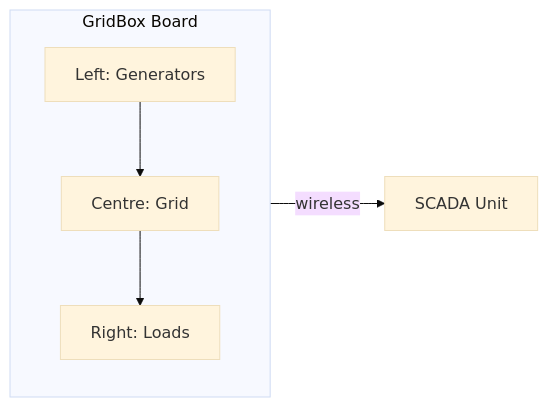
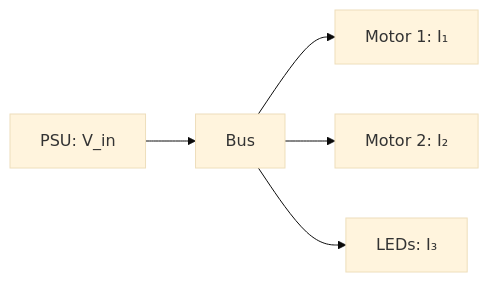
One commit to doyun-gu/hack-a-bot-2026 changed the eighth of 11 diagrams in docs/gridbox-proposal.md. Above: the diagram before and after it, drawn with Mermaid (base theme). The commit also changed other lines of this file, not shown here.

First line of the commit message:
Revise GridBox: power input assumed, motors as actuators

````diff
--- a/docs/gridbox-proposal.md
+++ b/docs/gridbox-proposal.md
@@ -471,13 +305,7 @@
 ```mermaid
 graph LR
-    subgraph BOX["GridBox Board"]
-        GEN[Left: Generators]
-        GRID[Centre: Grid]
-        LOADS_P[Right: Loads]
-    end
-
-    CTRL[SCADA Unit]
-
-    GEN --> GRID --> LOADS_P
-    BOX -->|wireless| CTRL
+    PSU_K[PSU: V_in] --> BUS_K[Bus]
+    BUS_K --> M1_K[Motor 1: I₁]
+    BUS_K --> M2_K[Motor 2: I₂]
+    BUS_K --> L_K[LEDs: I₃]
 ```
````
